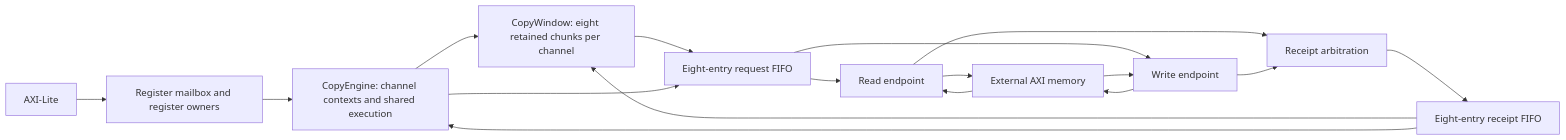
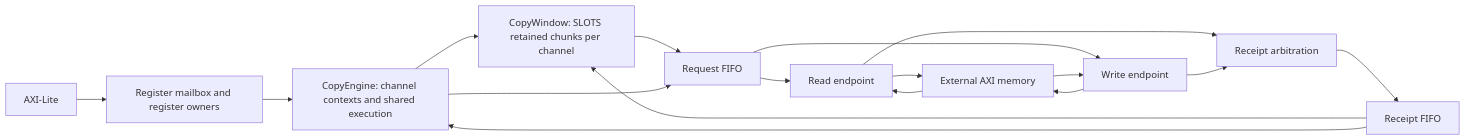
One commit to shady831213/pdma changed the diagram in docs/rtl/minimal-copy.md. Above: the diagram before and after it, drawn with Mermaid. The commit also changed other lines of this file and 82 other files, not shown here.

````diff
--- a/docs/rtl/minimal-copy.md
+++ b/docs/rtl/minimal-copy.md
@@ -17,19 +17,19 @@
 ```mermaid
 flowchart LR
   SW[AXI-Lite] --> CSR[Register mailbox and register owners]
   CSR --> CMD[CopyEngine: channel contexts and shared execution]
-  CMD --> WIN[CopyWindow: eight retained chunks per channel]
-  WIN --> REQ[Eight-entry request FIFO]
+  CMD --> WIN[CopyWindow: SLOTS retained chunks per channel]
+  WIN --> REQ[Request FIFO]
   CMD --> REQ
   REQ --> RD[Read endpoint]
   REQ --> WR[Write endpoint]
   RD --> MEM[External AXI memory]
   WR --> MEM
   MEM --> RD
   MEM --> WR
   RD --> MERGE[Receipt arbitration]
   WR --> MERGE
-  MERGE --> RESP[Eight-entry receipt FIFO]
+  MERGE --> RESP[Receipt FIFO]
   RESP --> WIN
   RESP --> CMD
 ```
````
